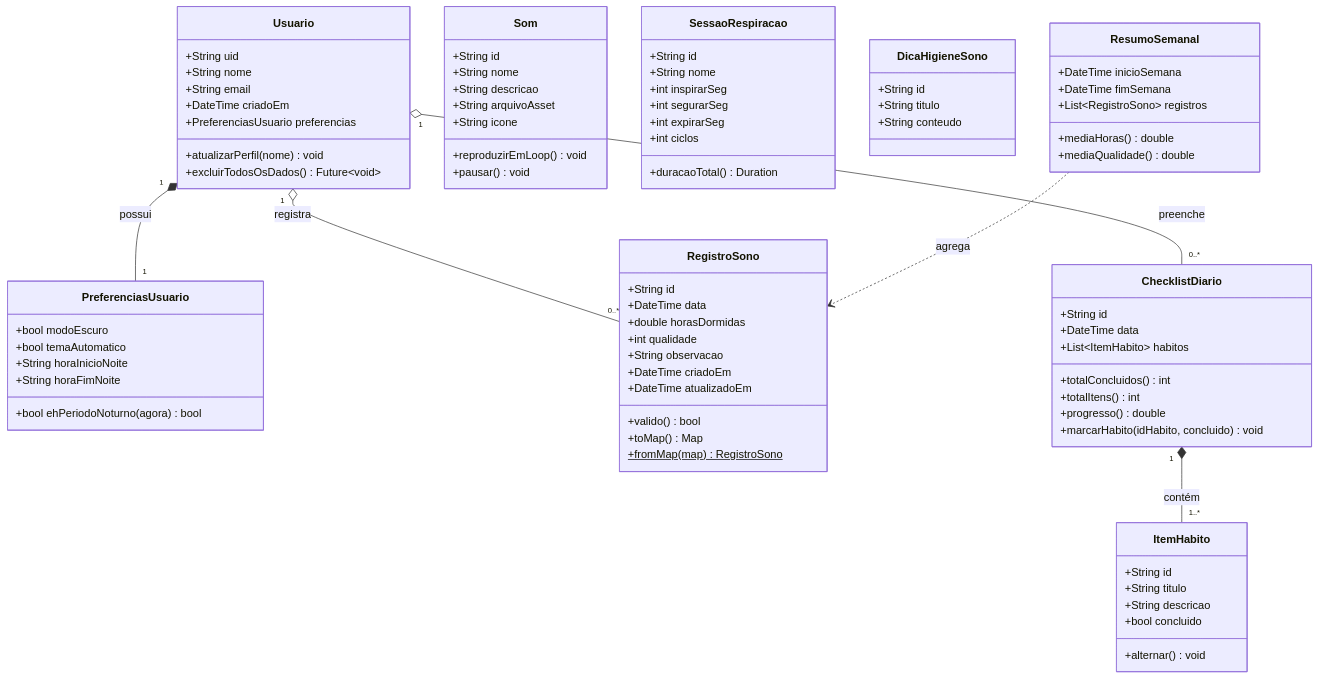
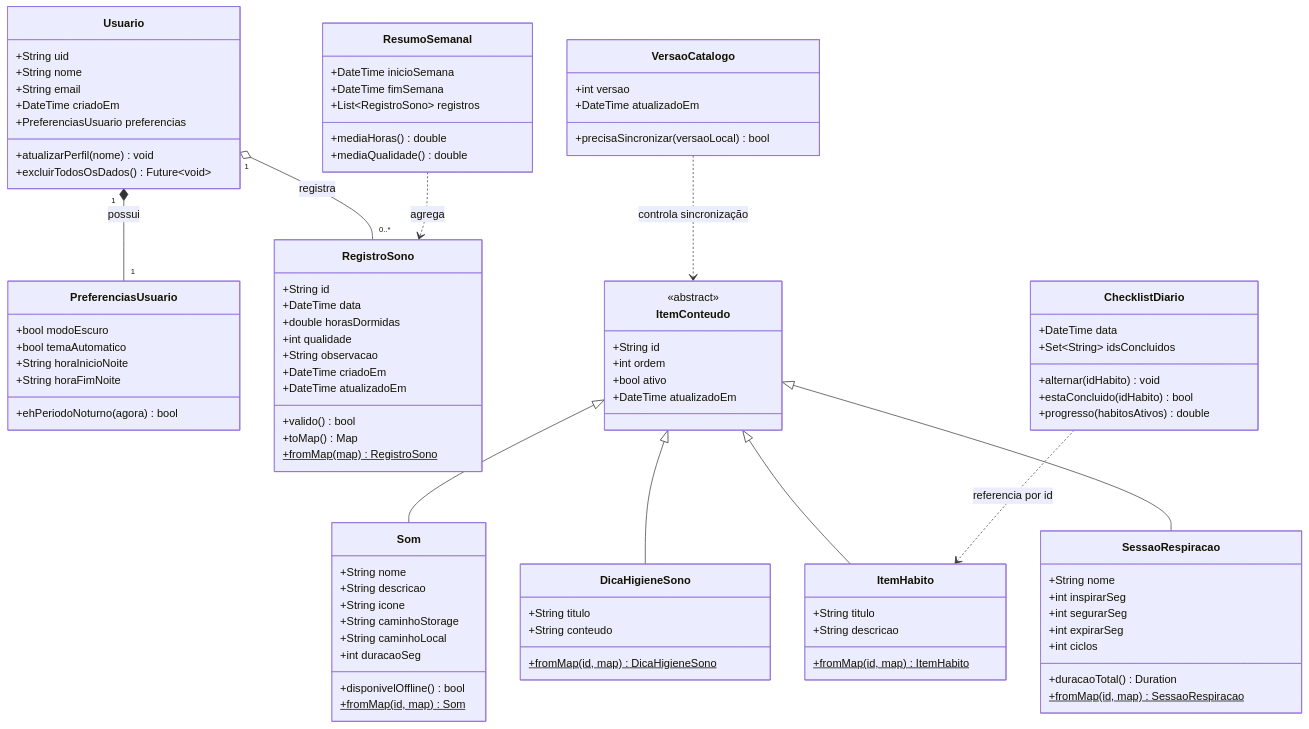
One commit to juliacabrl/SonoLeve changed the diagram in docs/modelo-dominio.md. Above: the diagram before and after it, drawn with Mermaid. The commit also changed other lines of this file and 146 other files, not shown here.

````diff
--- a/docs/modelo-dominio.md
+++ b/docs/modelo-dominio.md
@@ -29,7 +37,7 @@
       +bool temaAutomatico
       +String horaInicioNoite
       +String horaFimNoite
-      +bool ehPeriodoNoturno(agora) bool
+      +ehPeriodoNoturno(agora) bool
     }
 
     class RegistroSono {
@@ -46,47 +54,58 @@
     }
 
     class ChecklistDiario {
+      +DateTime data
+      +Set~String~ idsConcluidos
+      +alternar(idHabito) void
+      +estaConcluido(idHabito) bool
+      +progresso(habitosAtivos) double
+    }
+
+    class VersaoCatalogo {
+      +int versao
+      +DateTime atualizadoEm
+      +precisaSincronizar(versaoLocal) bool
+    }
+
+    class ItemConteudo {
+      <<abstract>>
       +String id
-      +DateTime data
-      +List~ItemHabito~ habitos
-      +totalConcluidos() int
-      +totalItens() int
-      +progresso() double
-      +marcarHabito(idHabito, concluido) void
+      +int ordem
+      +bool ativo
+      +DateTime atualizadoEm
     }
 
     class ItemHabito {
-      +String id
       +String titulo
       +String descricao
-      +bool concluido
-      +alternar() void
+      +fromMap(id, map) ItemHabito$
     }
 
     class Som {
-      +String id
       +String nome
       +String descricao
-      +String arquivoAsset
       +String icone
-      +reproduzirEmLoop() void
-      +pausar() void
+      +String caminhoStorage
+      +String caminhoLocal
+      +int duracaoSeg
+      +disponivelOffline() bool
+      +fromMap(id, map) Som$
     }
 
     class SessaoRespiracao {
-      +String id
       +String nome
       +int inspirarSeg
       +int segurarSeg
       +int expirarSeg
       +int ciclos
       +duracaoTotal() Duration
+      +fromMap(id, map) SessaoRespiracao$
     }
 
     class DicaHigieneSono {
-      +String id
       +String titulo
       +String conteudo
+      +fromMap(id, map) DicaHigieneSono$
     }
 
     class ResumoSemanal {
@@ -99,7 +118,11 @@
 
     Usuario "1" *-- "1" PreferenciasUsuario : possui
     Usuario "1" o-- "0..*" RegistroSono : registra
-    Usuario "1" o-- "0..*" ChecklistDiario : preenche
-    ChecklistDiario "1" *-- "1..*" ItemHabito : contém
     ResumoSemanal ..> RegistroSono : agrega
+    ItemConteudo <|-- Som
+    ItemConteudo <|-- DicaHigieneSono
+    ItemConteudo <|-- ItemHabito
+    ItemConteudo <|-- SessaoRespiracao
+    ChecklistDiario ..> ItemHabito : referencia por id
+    VersaoCatalogo ..> ItemConteudo : controla sincronização
 ```
````
